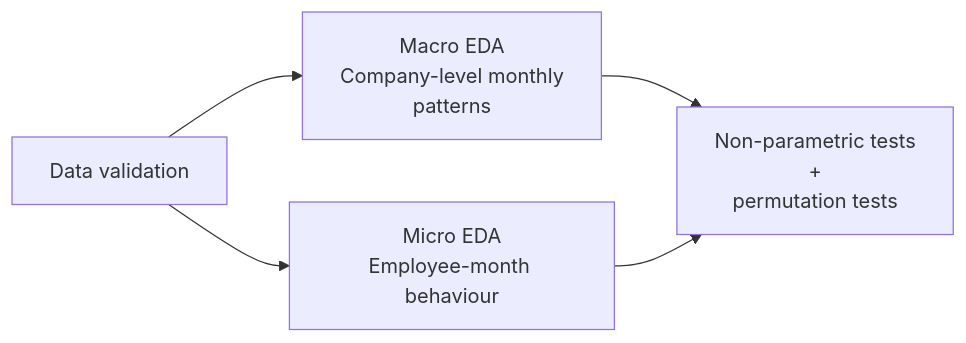
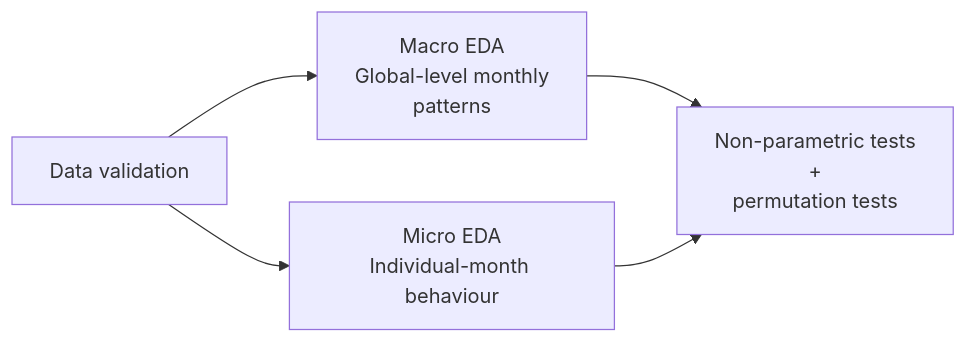
The second of 5 diagrams in README.md (ygs1629/Rare-event-driven-MLOps), drawn with Mermaid before and after one commit. The commit also changed other lines of this file, not shown here.

````diff
--- a/README.md
+++ b/README.md
@@ -61,11 +39,11 @@
 ```mermaid
 flowchart LR
   A[Data validation]
-  A --> B[Macro EDA<br/>Company-level monthly 
+  A --> B[Macro EDA<br/>Global-level monthly 
 patterns]
-  A --> C[Micro EDA<br/>Employee-month behaviour]
+  A --> C[Micro EDA<br/>Individual-month behaviour]
   B --> D[Non-parametric tests 
 +
 permutation tests]
   C --> D
 ```
````
